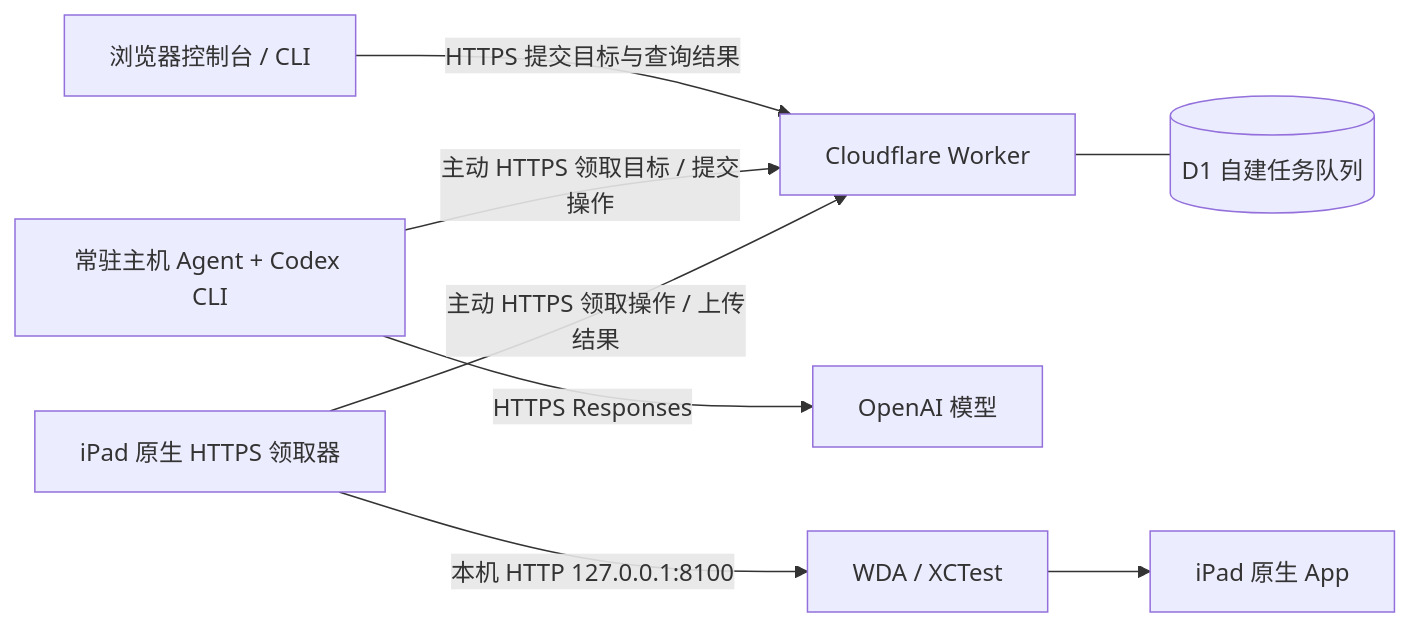
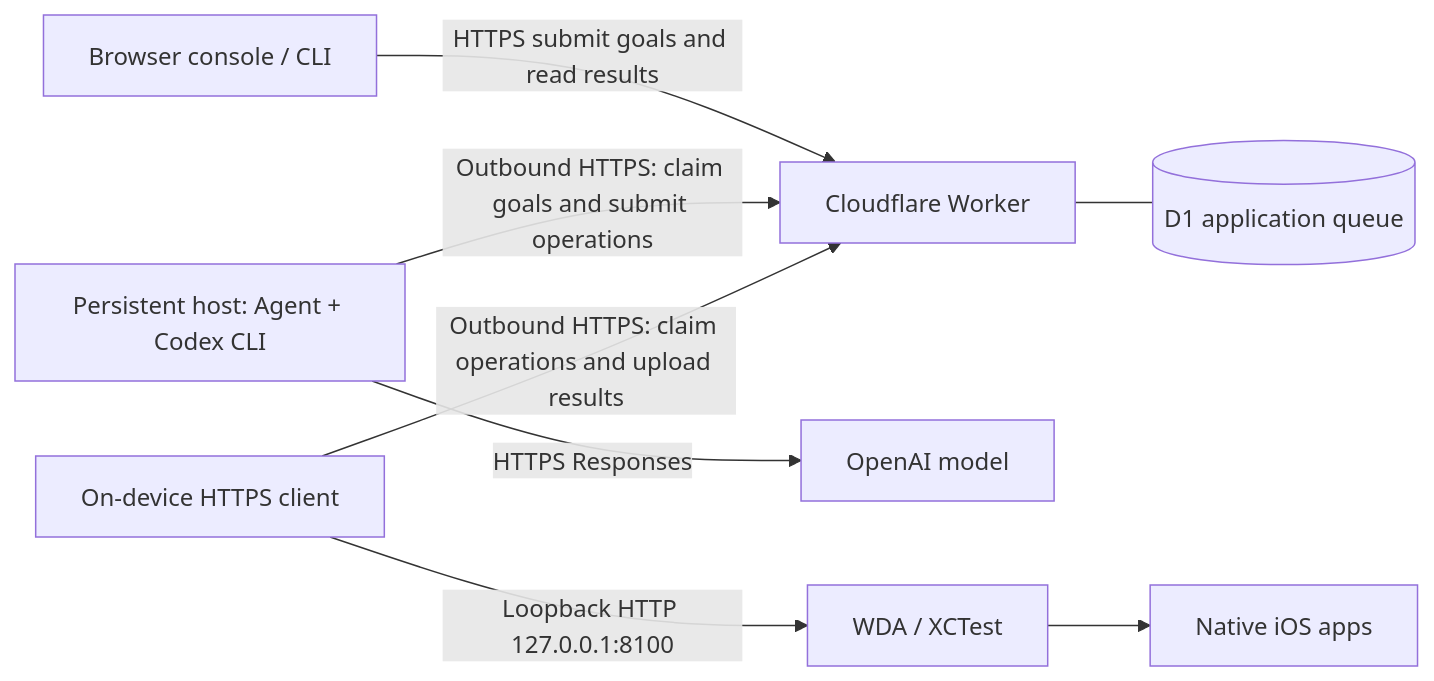
One commit to leereliu/ios-remote-automation-agent changed the diagram in README.md. Above: the diagram before and after it, drawn with Mermaid. The commit also changed other lines of this file and 3 other files, not shown here.

````diff
--- a/README.md
+++ b/README.md
@@ -9,10 +21,10 @@
 ```mermaid
 flowchart LR
-    U[浏览器控制台 / CLI] -->|HTTPS 提交目标与查询结果| W[Cloudflare Worker]
-    A[常驻主机 Agent + Codex CLI] -->|主动 HTTPS 领取目标 / 提交操作| W
-    I[iPad 原生 HTTPS 领取器] -->|主动 HTTPS 领取操作 / 上传结果| W
-    W --- D[(D1 自建任务队列)]
-    A -->|HTTPS Responses| M[OpenAI 模型]
-    I -->|本机 HTTP 127.0.0.1:8100| X[WDA / XCTest]
-    X --> P[iPad 原生 App]
+    U[Browser console / CLI] -->|HTTPS submit goals and read results| W[Cloudflare Worker]
+    A[Persistent host: Agent + Codex CLI] -->|Outbound HTTPS: claim goals and submit operations| W
+    I[On-device HTTPS client] -->|Outbound HTTPS: claim operations and upload results| W
+    W --- D[(D1 application queue)]
+    A -->|HTTPS Responses| M[OpenAI model]
+    I -->|Loopback HTTP 127.0.0.1:8100| X[WDA / XCTest]
+    X --> P[Native iOS apps]
 ```
````
